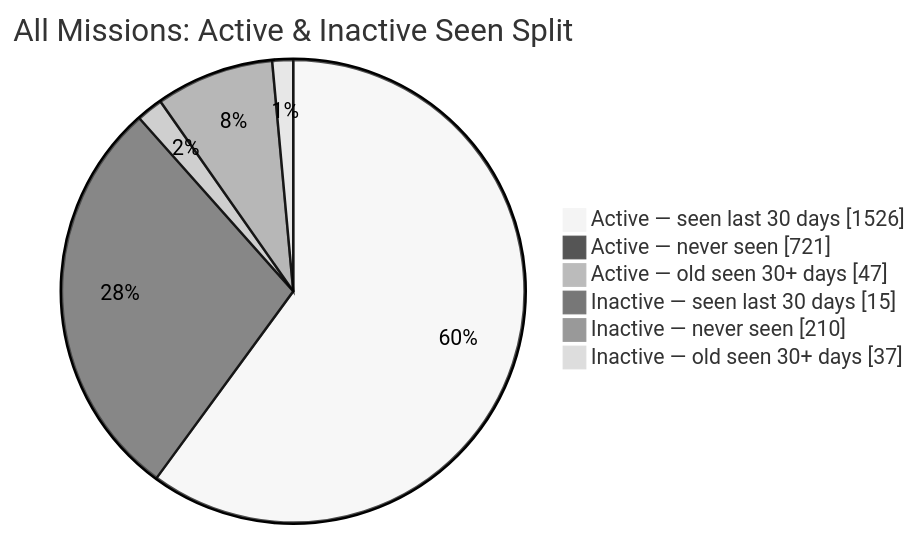
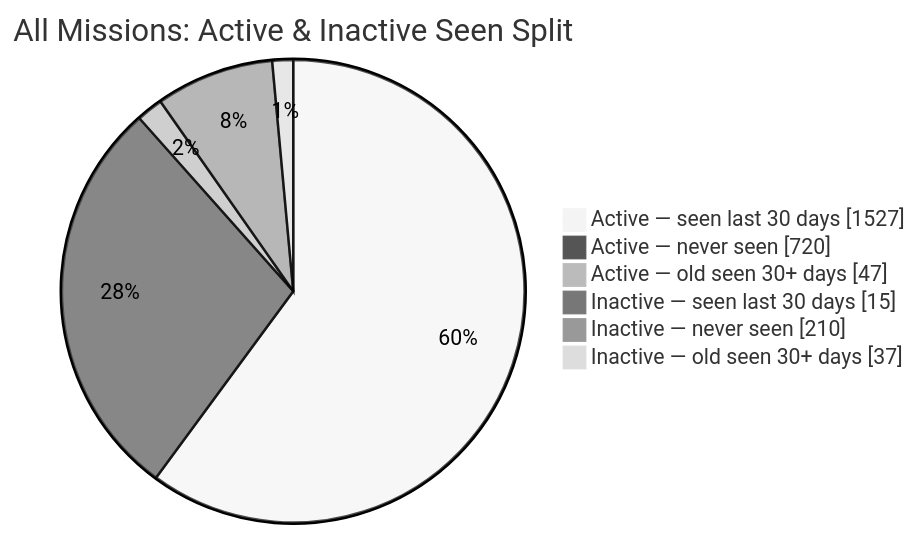
One commit to MeldkamerspelGameTeam/active-missions changed the second of 2 diagrams in README.md. Above: the diagram before and after it, drawn with Mermaid (neutral theme). The commit also changed other lines of this file and 2 other files, not shown here.

````diff
--- a/README.md
+++ b/README.md
@@ -44,10 +44,10 @@
 ```mermaid
 pie showData
     title All Missions: Active & Inactive Seen Split
-    "Active — seen last 30 days" : 1526
-    "Active — never seen" : 721
+    "Active — seen last 30 days" : 1527
+    "Active — never seen" : 720
     "Active — old seen 30+ days" : 47
     "Inactive — seen last 30 days" : 15
     "Inactive — never seen" : 210
     "Inactive — old seen 30+ days" : 37
 ```
````
